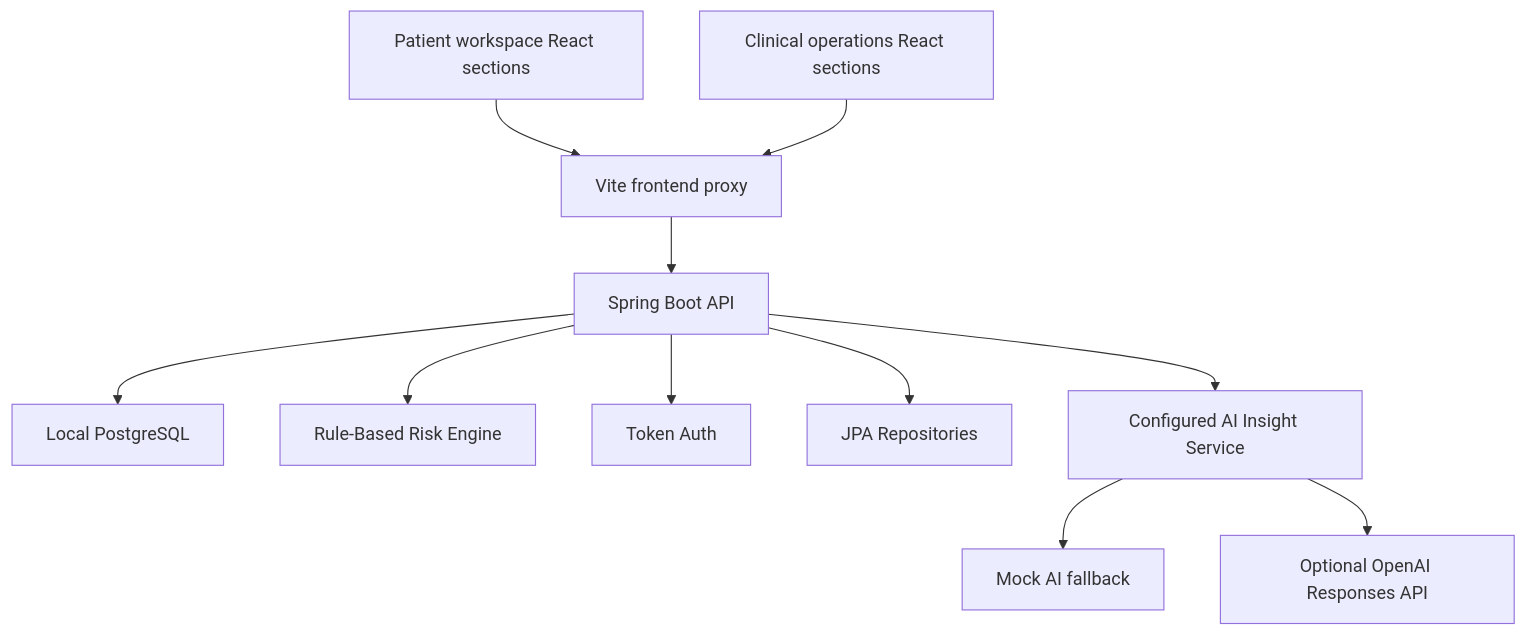
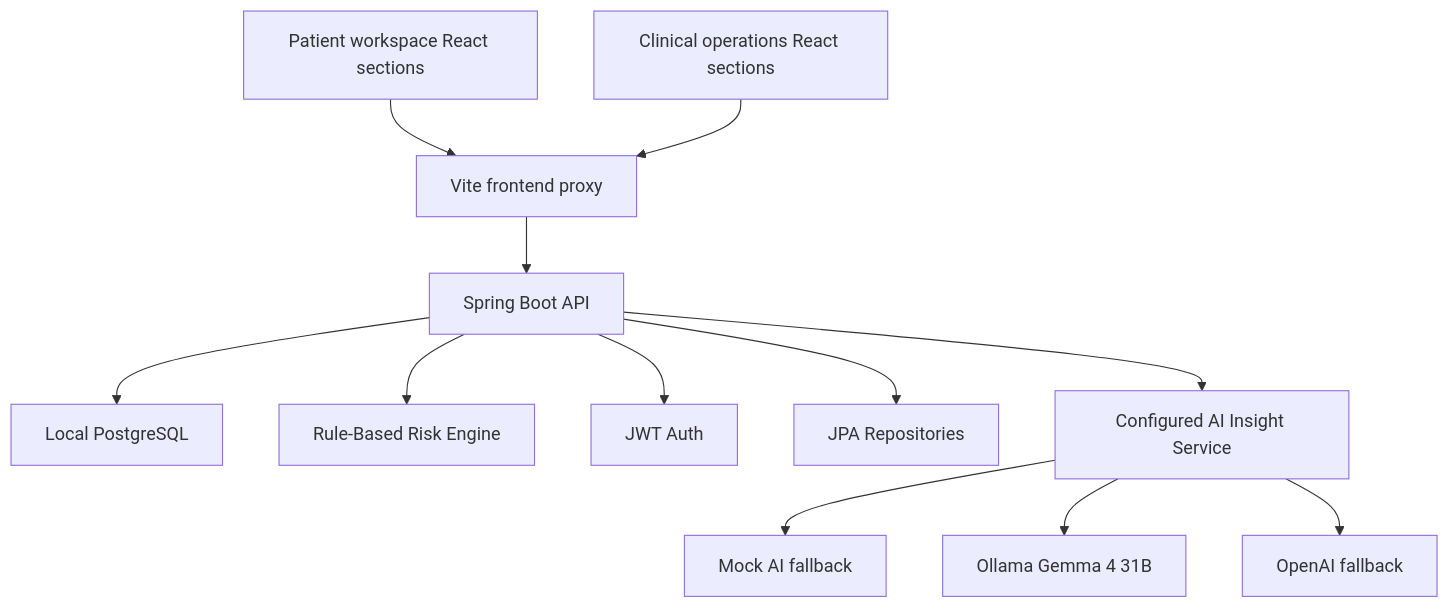
One commit to VAMSIBALAKIRANPOLISETTY/PMS_PROJECT changed the first of 3 diagrams in docs/architecture.md. Above: the diagram before and after it, drawn with Mermaid. The commit also changed other lines of this file and 28 other files, not shown here.

Commit message:
Add provider fallback chain and JWT auth

````diff
--- a/docs/architecture.md
+++ b/docs/architecture.md
@@ -3,13 +3,14 @@
 ```mermaid
 flowchart TD
   A["Patient workspace React sections"] --> B["Vite frontend proxy"]
   C["Clinical operations React sections"] --> B
   B --> D["Spring Boot API"]
   D --> E["Local PostgreSQL"]
   D --> F["Rule-Based Risk Engine"]
-  D --> G["Token Auth"]
+  D --> G["JWT Auth"]
   D --> H["JPA Repositories"]
   D --> I["Configured AI Insight Service"]
   I --> J["Mock AI fallback"]
-  I --> K["Optional OpenAI Responses API"]
+  I --> K["Ollama Gemma 4 31B"]
+  I --> L["OpenAI fallback"]
 ```
````
